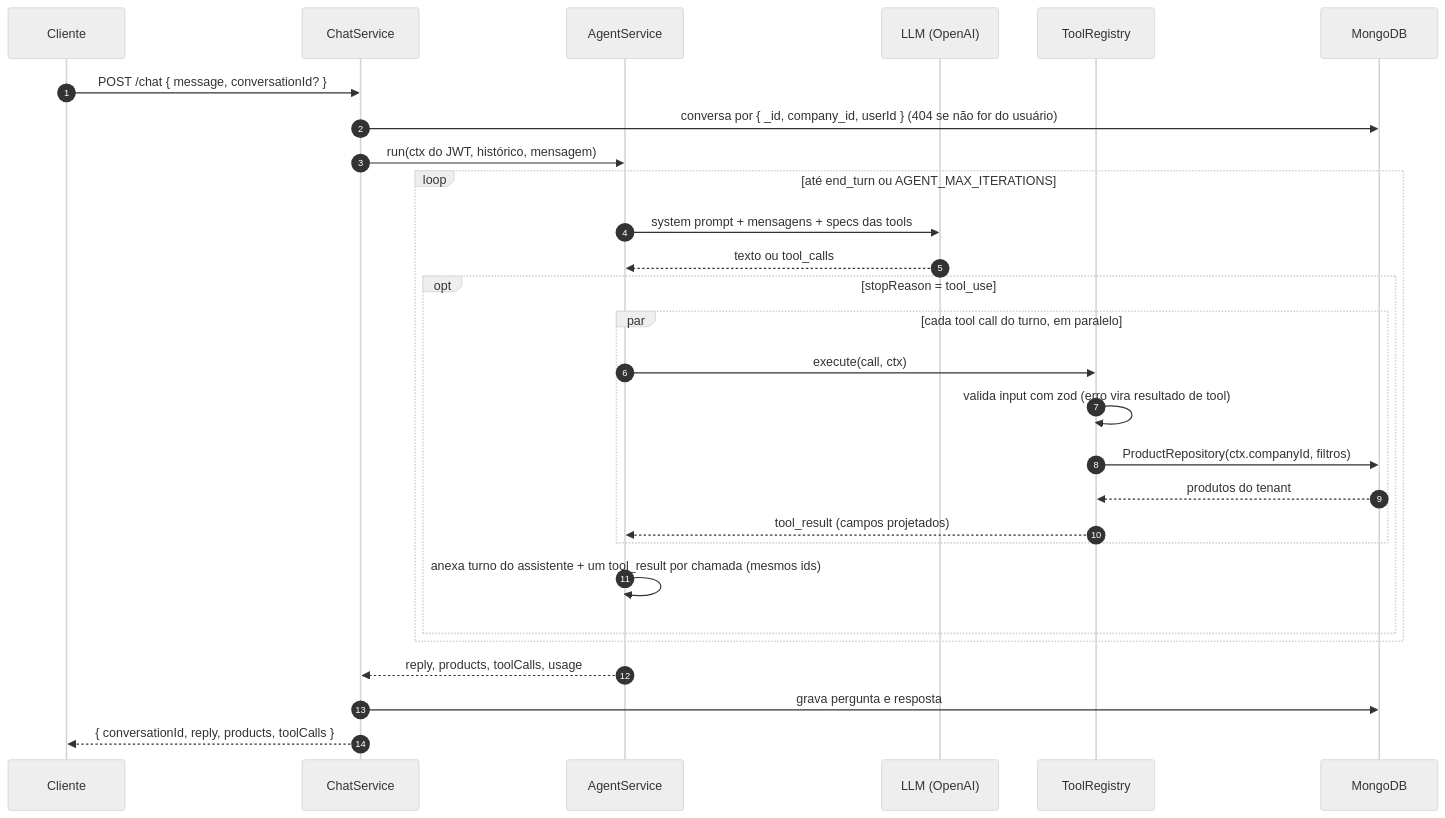
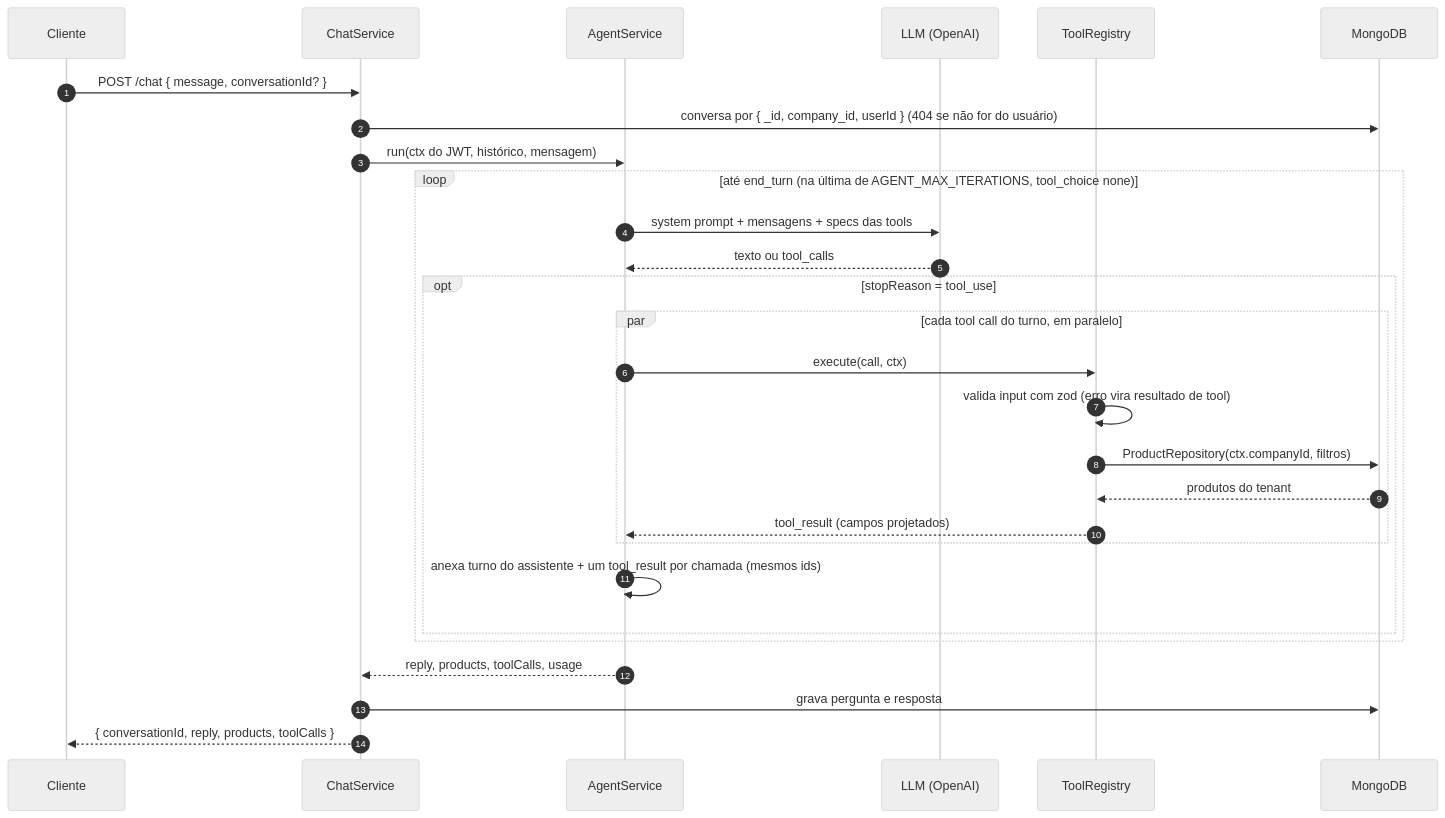
The diagram in README.md (eduardozago/multi-tenant-ai-catalog), drawn with Mermaid (neutral theme) before and after one commit. The commit also changed other lines of this file and 9 other files, not shown here.

````diff
--- a/README.md
+++ b/README.md
@@ -127,31 +127,31 @@
 ```mermaid
 sequenceDiagram
     autonumber
     participant C as Cliente
     participant API as ChatService
     participant A as AgentService
     participant L as LLM (OpenAI)
     participant T as ToolRegistry
     participant DB as MongoDB
 
     C->>API: POST /chat { message, conversationId? }
     API->>DB: conversa por { _id, company_id, userId } (404 se não for do usuário)
     API->>A: run(ctx do JWT, histórico, mensagem)
-    loop até end_turn ou AGENT_MAX_ITERATIONS
+    loop até end_turn (na última de AGENT_MAX_ITERATIONS, tool_choice none)
         A->>L: system prompt + mensagens + specs das tools
         L-->>A: texto ou tool_calls
         opt stopReason = tool_use
             par cada tool call do turno, em paralelo
                 A->>T: execute(call, ctx)
                 T->>T: valida input com zod (erro vira resultado de tool)
                 T->>DB: ProductRepository(ctx.companyId, filtros)
                 DB-->>T: produtos do tenant
                 T-->>A: tool_result (campos projetados)
             end
             A->>A: anexa turno do assistente + um tool_result por chamada (mesmos ids)
         end
     end
     A-->>API: reply, products, toolCalls, usage
     API->>DB: grava pergunta e resposta
     API-->>C: { conversationId, reply, products, toolCalls }
 ```
````
